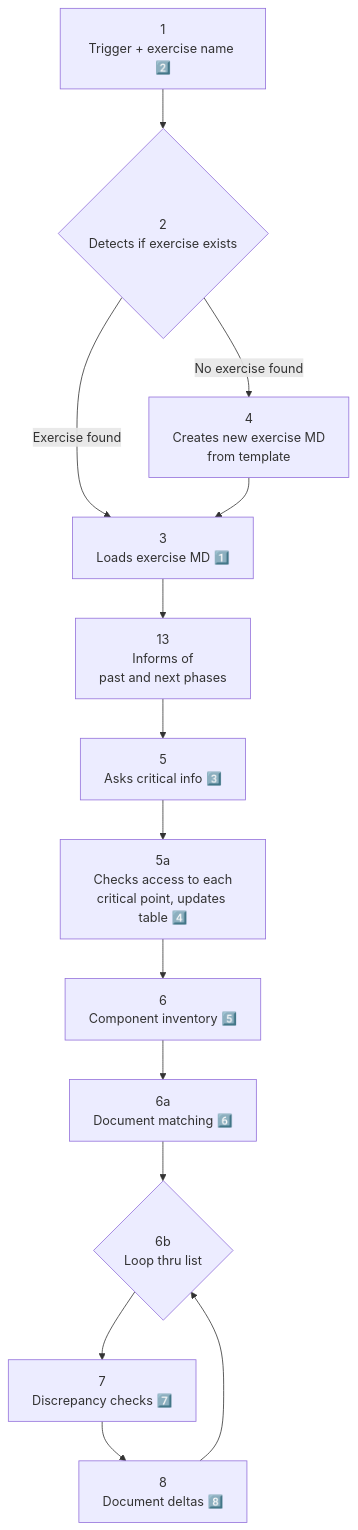
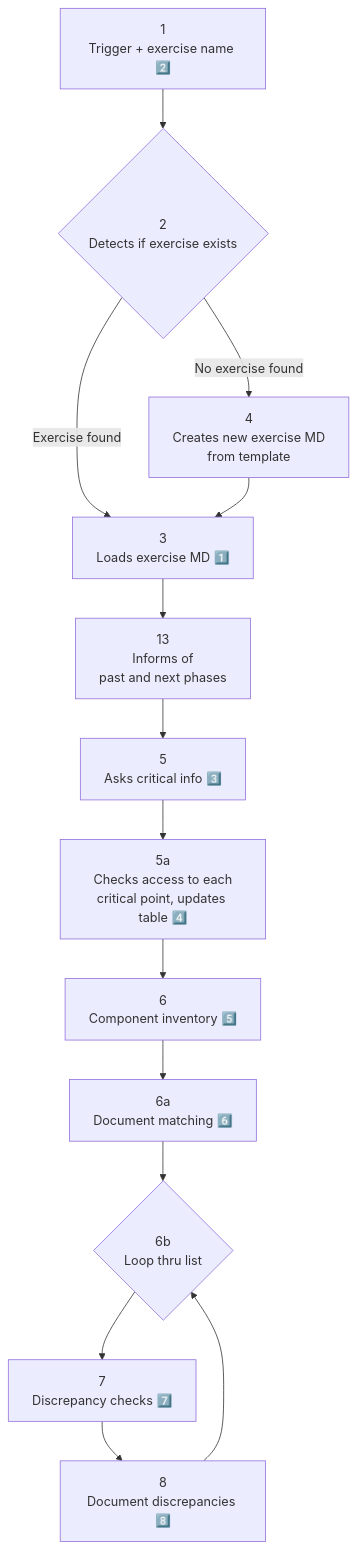
Before and after one commit to nonlinear/skills: the diagram in design-discrepancy/SKILL.md, drawn with Mermaid. The commit also changed other lines of this file, not shown here.

Commit message:
Before removing node numbers from labels

````diff
--- a/design-discrepancy/SKILL.md
+++ b/design-discrepancy/SKILL.md
@@ -24,31 +24,31 @@
 ```mermaid
 flowchart TD
     1["1<br/>Trigger + exercise name 2️⃣"]
     2{"2<br/>Detects if exercise exists"}
     3["3<br/>Loads exercise MD 1️⃣"]
     4["4<br/>Creates new exercise MD<br/>from template"]
     5["5<br/>Asks critical info 3️⃣"]
     5a["5a<br/>Checks access to each<br/>critical point, updates table 4️⃣"]
     6["6<br/>Component inventory 5️⃣"]
     6a["6a<br/>Document matching 6️⃣"]
     6b{"6b<br/>Loop thru list"}
     7["7<br/>Discrepancy checks 7️⃣"]
-    8["8<br/>Document deltas 8️⃣"]
+    8["8<br/>Document discrepancies 8️⃣"]
     13["13<br/>Informs of<br/>past and next phases"]
     
     1 --> 2
     2 -->|No exercise found| 4
     2 -->|Exercise found| 3
     
     4 --> 3
     3 --> 13
     13 --> 5
     
     5 --> 5a
     5a --> 6
     6 --> 6a
     6a --> 6b
     6b --> 7
     7 --> 8
     8 --> 6b
 ```
````
